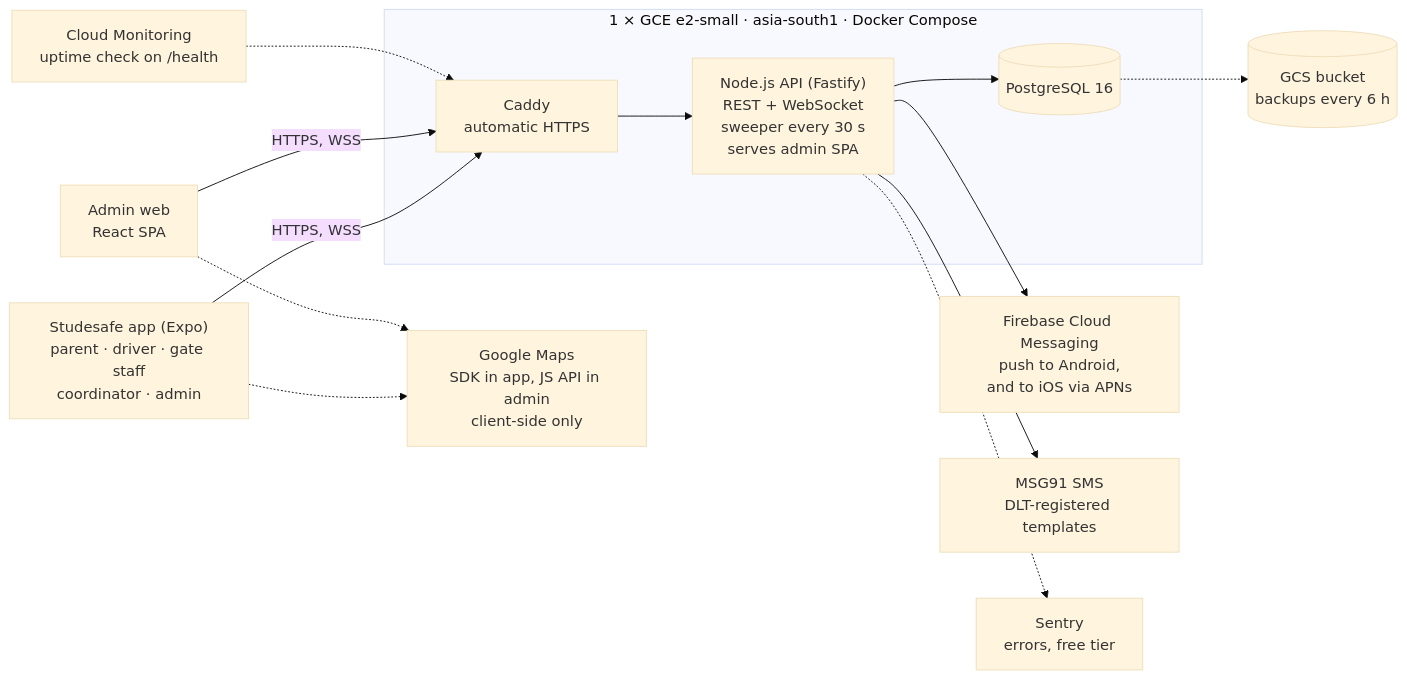
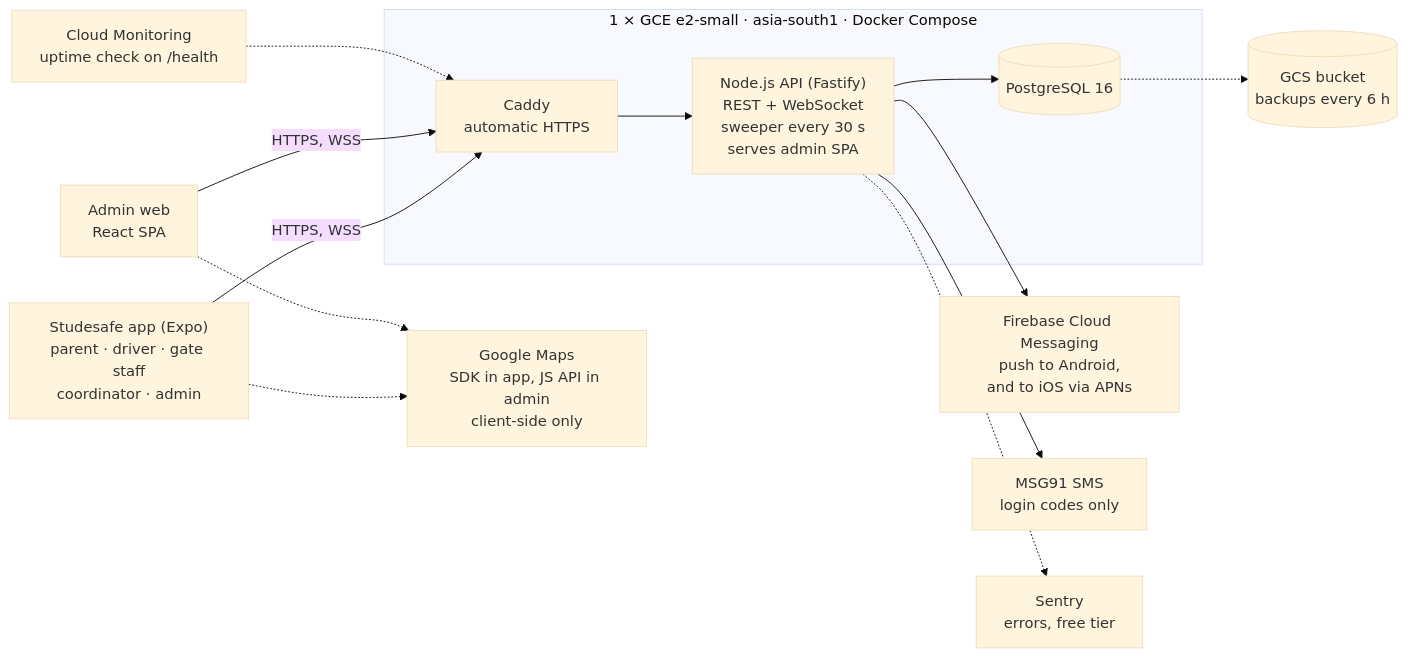
The first of 5 diagrams in architecture/PROTOTYPE_ARCHITECTURE.md (alinoorul/studesafe), drawn with Mermaid (base theme) before and after one commit. The commit also changed other lines of this file and 1 other file, not shown here.

First line of the commit message:
Prototype: SMS for login codes only, all alerts by push

````diff
--- a/architecture/PROTOTYPE_ARCHITECTURE.md
+++ b/architecture/PROTOTYPE_ARCHITECTURE.md
@@ -98,24 +98,24 @@
 ```mermaid
 flowchart LR
     APP["Studesafe app (Expo)<br/>parent · driver · gate staff<br/>coordinator · admin"]
     WEB["Admin web<br/>React SPA"]
     MAPS["Google Maps<br/>SDK in app, JS API in admin<br/>client-side only"]
     UP["Cloud Monitoring<br/>uptime check on /health"]
     subgraph VM["1 × GCE e2-small · asia-south1 · Docker Compose"]
         CADDY["Caddy<br/>automatic HTTPS"] --> API["Node.js API (Fastify)<br/>REST + WebSocket<br/>sweeper every 30 s<br/>serves admin SPA"]
         API --> PG[("PostgreSQL 16")]
     end
     FCM["Firebase Cloud Messaging<br/>push to Android,<br/>and to iOS via APNs"]
-    SMS["MSG91 SMS<br/>DLT-registered templates"]
+    SMS["MSG91 SMS<br/>login codes only"]
     SENTRY["Sentry<br/>errors, free tier"]
     GCS[("GCS bucket<br/>backups every 6 h")]
     APP -->|HTTPS, WSS| CADDY
     WEB -->|HTTPS, WSS| CADDY
     APP -.-> MAPS
     WEB -.-> MAPS
     UP -.-> CADDY
     API --> FCM
     API --> SMS
     API -.-> SENTRY
     PG -.-> GCS
 ```
````
